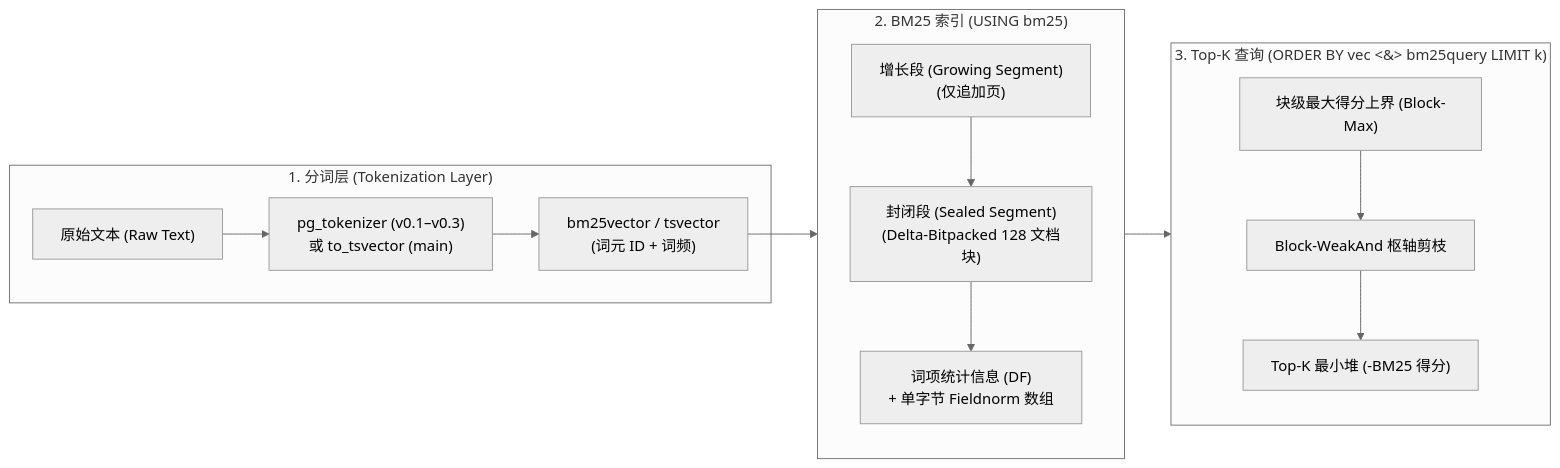
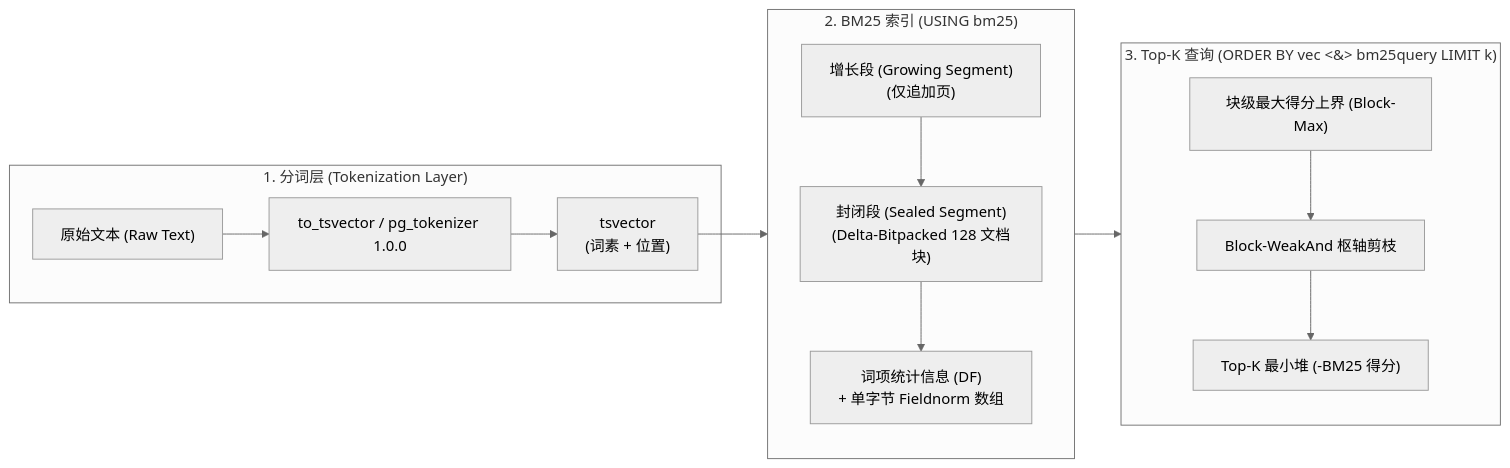
One commit to pgsty/vchord.pgsty.com changed the diagram in content/docs/bm25/getting-started/overview.zh.md. Above: the diagram before and after it, drawn with Mermaid (neutral theme). The commit also changed other lines of this file and 27 other files, not shown here.

````diff
--- a/content/docs/bm25/getting-started/overview.zh.md
+++ b/content/docs/bm25/getting-started/overview.zh.md
@@ -30,17 +30,17 @@
 ```mermaid
 flowchart LR
     subgraph Tokenization["1. 分词层 (Tokenization Layer)"]
-        T1["原始文本 (Raw Text)"] --> T2["pg_tokenizer (v0.1–v0.3)\n或 to_tsvector (main)"]
-        T2 --> T3["bm25vector / tsvector\n(词元 ID + 词频)"]
+        T1["原始文本 (Raw Text)"] --> T2["to_tsvector / pg_tokenizer 1.0.0"]
+        T2 --> T3["tsvector\n(词素 + 位置)"]
     end
     subgraph Index["2. BM25 索引 (USING bm25)"]
         I1["增长段 (Growing Segment)\n(仅追加页)"] --> I2["封闭段 (Sealed Segment)\n(Delta-Bitpacked 128 文档块)"]
         I2 --> I3["词项统计信息 (DF)\n+ 单字节 Fieldnorm 数组"]
     end
     subgraph Query["3. Top-K 查询 (ORDER BY vec <&> bm25query LIMIT k)"]
         Q1["块级最大得分上界 (Block-Max)"] --> Q2["Block-WeakAnd 枢轴剪枝"]
         Q2 --> Q3["Top-K 最小堆 (-BM25 得分)"]
     end
     T3 --> Index
     Index --> Query
 ```
````
